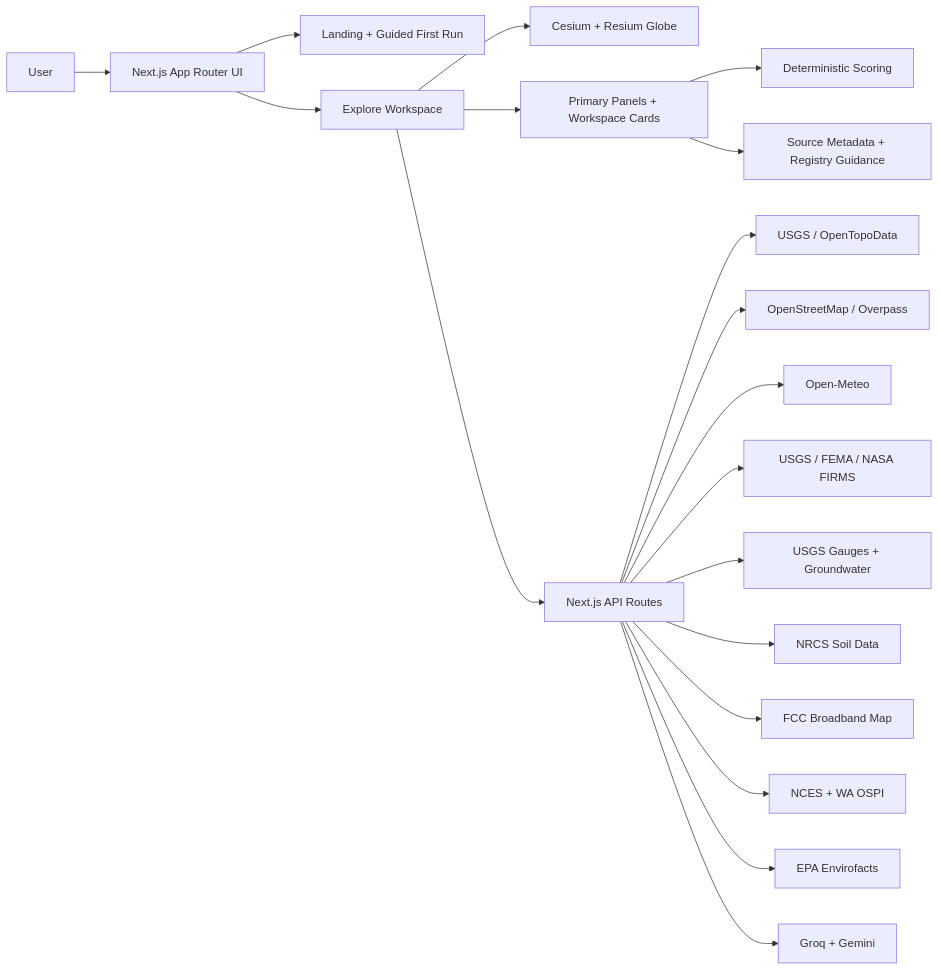
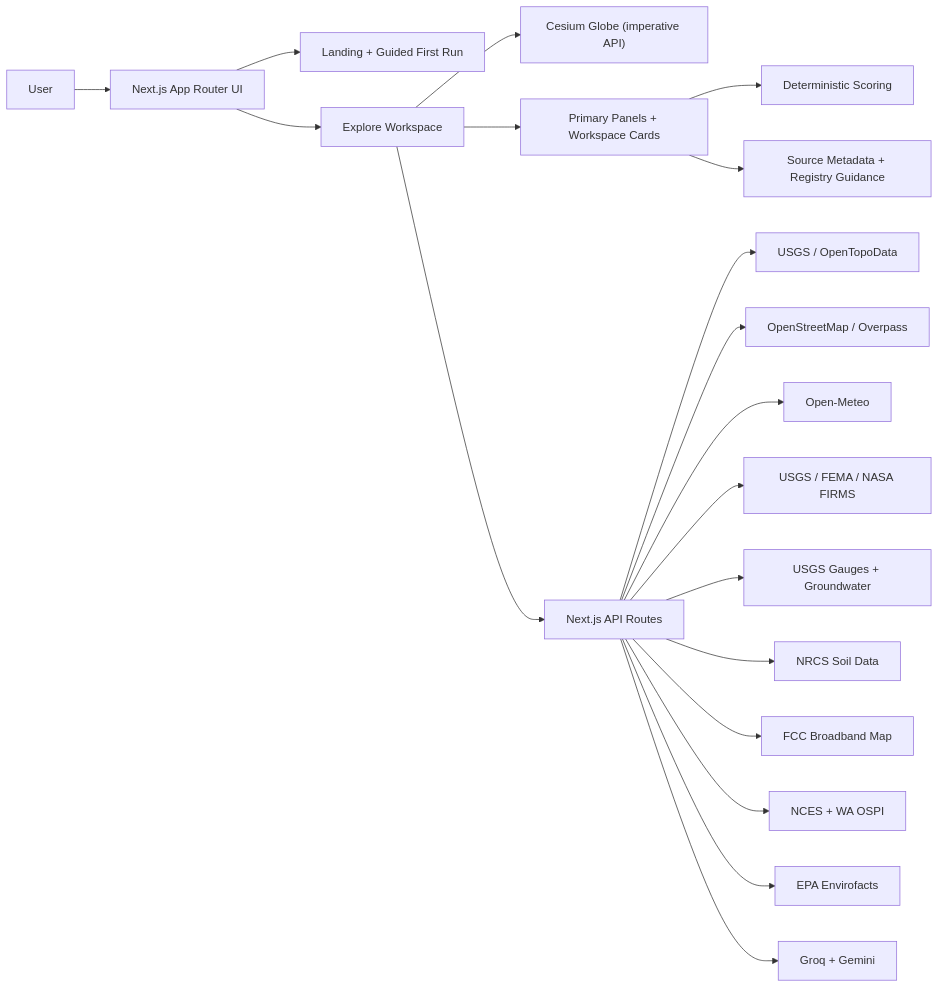
One commit to sabinMas/geosight-gspat changed the diagram in README.md. Above: the diagram before and after it, drawn with Mermaid. The commit also changed 8 other files, not shown here.

````diff
--- a/README.md
+++ b/README.md
@@ -250,21 +250,21 @@
 ```mermaid
 flowchart LR
   User["User"] --> UI["Next.js App Router UI"]
   UI --> Landing["Landing + Guided First Run"]
   UI --> Explore["Explore Workspace"]
-  Explore --> Globe["Cesium + Resium Globe"]
+  Explore --> Globe["Cesium Globe (imperative API)"]
   Explore --> Cards["Primary Panels + Workspace Cards"]
   Cards --> Score["Deterministic Scoring"]
   Cards --> Trust["Source Metadata + Registry Guidance"]
   Explore --> APIs["Next.js API Routes"]
   APIs --> Terrain["USGS / OpenTopoData"]
   APIs --> OSM["OpenStreetMap / Overpass"]
   APIs --> Weather["Open-Meteo"]
   APIs --> Hazards["USGS / FEMA / NASA FIRMS"]
   APIs --> Water["USGS Gauges + Groundwater"]
   APIs --> Soil["NRCS Soil Data"]
   APIs --> Broadband["FCC Broadband Map"]
   APIs --> School["NCES + WA OSPI"]
   APIs --> EPA["EPA Envirofacts"]
   APIs --> AI["Groq + Gemini"]
 ```
````
